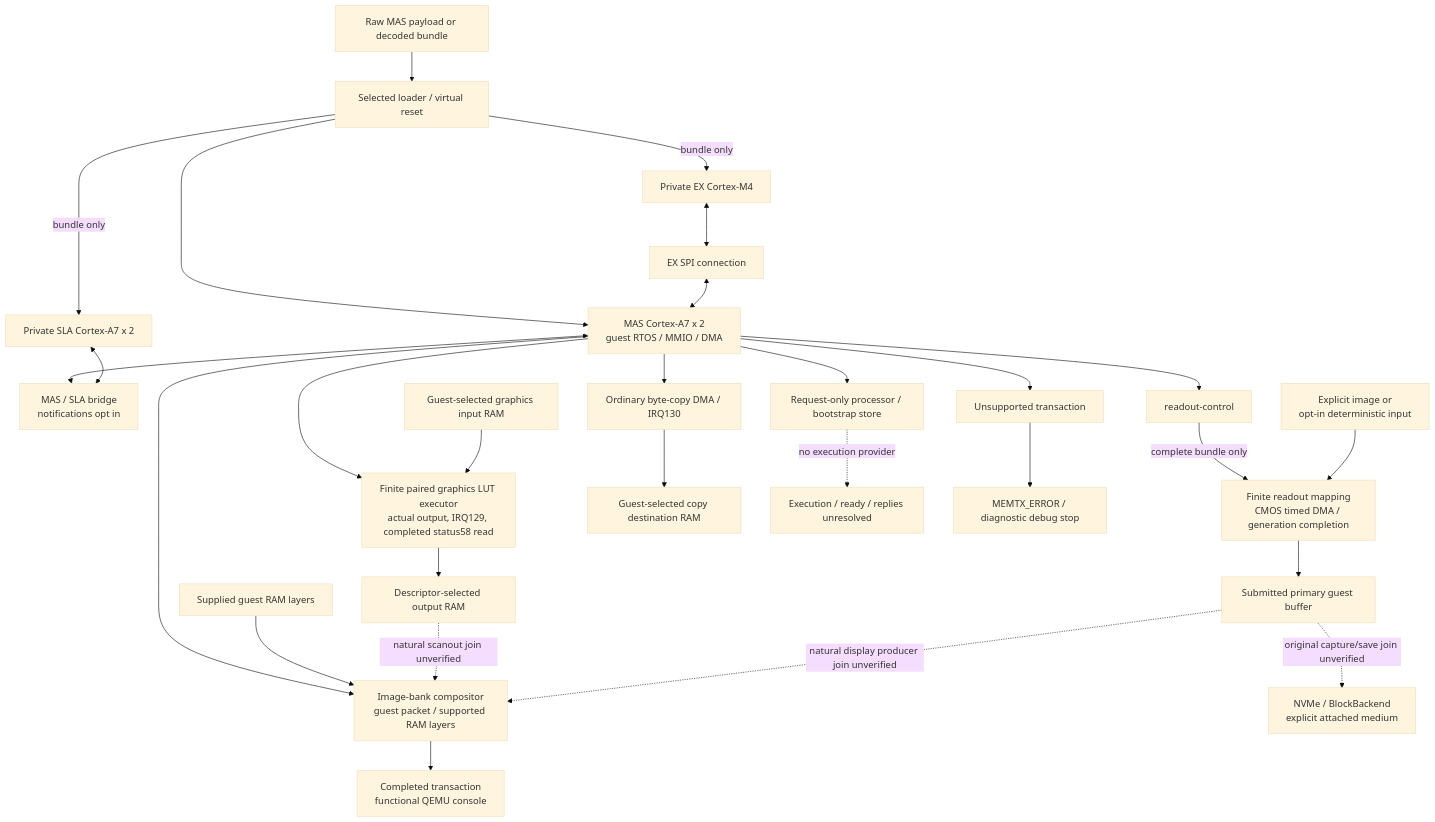
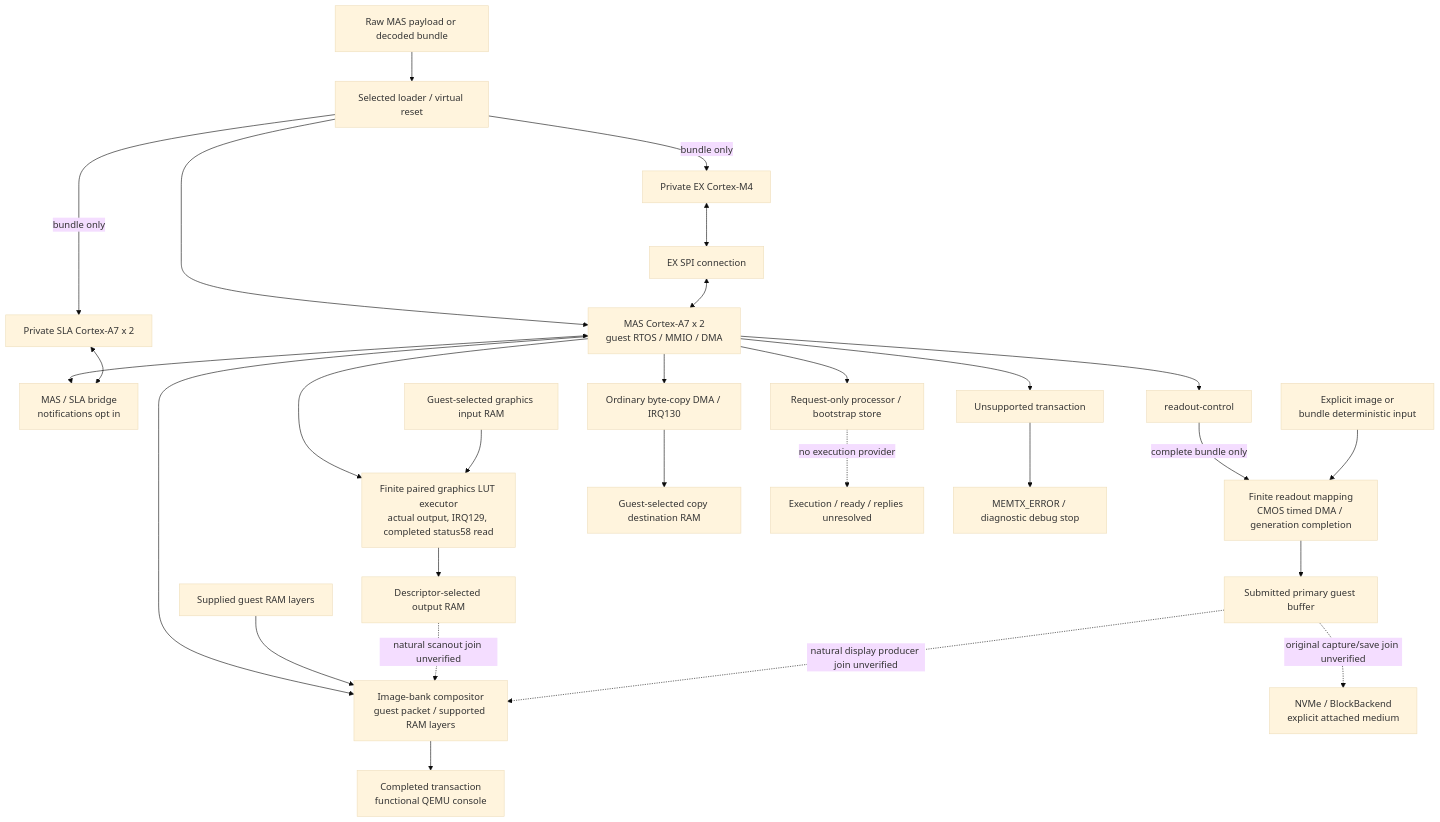
Before and after one commit to nightglasses/z7ii-qemu: the diagram in README.md, drawn with Mermaid (base theme). The commit also changed other lines of this file and 10 other files, not shown here.

````diff
--- a/README.md
+++ b/README.md
@@ -78,31 +78,31 @@
 ```mermaid
 flowchart TD
   Input["Raw MAS payload or decoded bundle"] --> Loader["Selected loader / virtual reset"]
   Loader --> MAS["MAS Cortex-A7 x 2<br/>guest RTOS / MMIO / DMA"]
   Loader -->|"bundle only"| SLA["Private SLA Cortex-A7 x 2"]
   Loader -->|"bundle only"| EX["Private EX Cortex-M4"]
   MAS <--> Bridge["MAS / SLA bridge<br/>notifications opt in"]
   SLA <--> Bridge
   EX <--> SPI["EX SPI connection"]
   SPI <--> MAS
 
   MAS --> Readout["readout-control"]
   Readout -->|"complete bundle only"| CMOS["Finite readout mapping<br/>CMOS timed DMA / generation completion"]
-  Source["Explicit image or<br/>opt-in deterministic input"] --> CMOS
+  Source["Explicit image or<br/>bundle deterministic input"] --> CMOS
   CMOS --> RAM["Submitted primary guest buffer"]
   MAS --> Graphics["Finite paired graphics LUT executor<br/>actual output, IRQ129, completed status58 read"]
   GraphicsRAM["Guest-selected graphics input RAM"] --> Graphics
   Graphics --> Output["Descriptor-selected output RAM"]
   MAS --> Copy["Ordinary byte-copy DMA / IRQ130"]
   Copy --> CopyRAM["Guest-selected copy destination RAM"]
   MAS --> Banks["Image-bank compositor<br/>guest packet / supported RAM layers"]
   DisplayRAM["Supplied guest RAM layers"] --> Banks
   Output -. "natural scanout join unverified" .-> Banks
   RAM -. "natural display producer join unverified" .-> Banks
   Banks --> Console["Completed transaction<br/>functional QEMU console"]
   RAM -. "original capture/save join unverified" .-> Storage["NVMe / BlockBackend<br/>explicit attached medium"]
   MAS --> Processor["Request-only processor / bootstrap store"]
   Processor -. "no execution provider" .-> Pending["Execution / ready / replies unresolved"]
   MAS --> Unknown["Unsupported transaction"]
   Unknown --> Stop["MEMTX_ERROR / diagnostic debug stop"]
 ```
````
